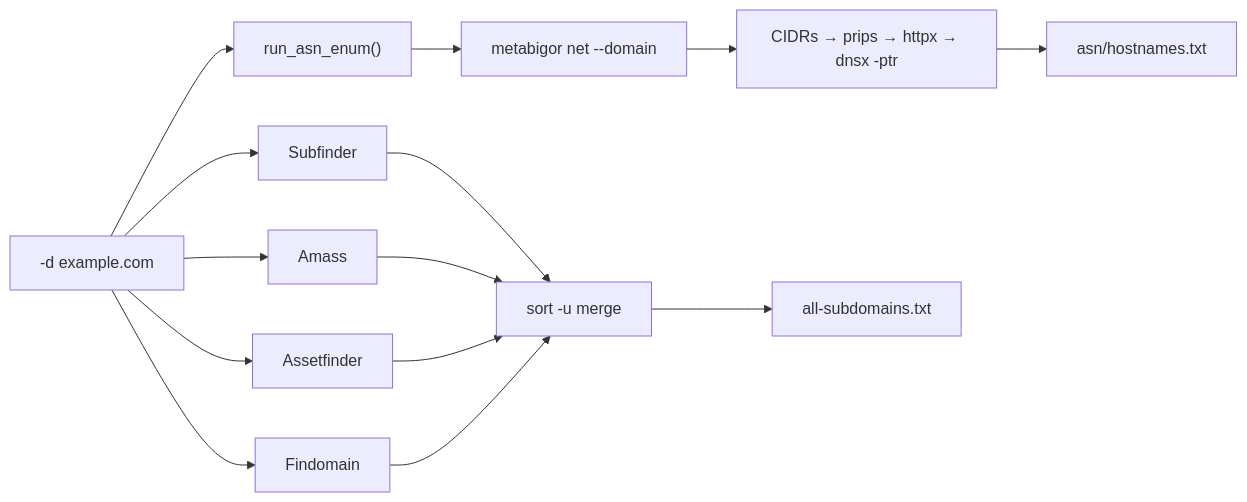
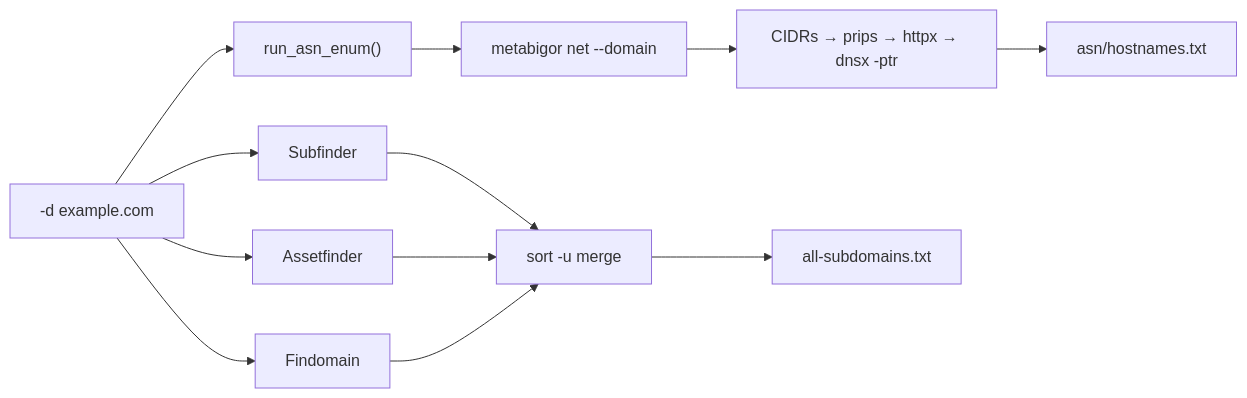
The first of 4 diagrams in README.md (manojxshrestha/subenum), drawn with Mermaid before and after one commit. The commit also changed other lines of this file and 3 other files, not shown here.

Commit message:
Remove amass (v5 slow/DB-based, subfinder covers it), clean up all references

````diff
--- a/README.md
+++ b/README.md
@@ -243,17 +242,15 @@
 ```mermaid
 graph LR
     A["-d example.com"] --> B["run_asn_enum()"]
     B --> C["metabigor net --domain"]
     C --> D["CIDRs → prips → httpx → dnsx -ptr"]
     D --> E["asn/hostnames.txt"]
 
     A --> F["Subfinder"]
-    A --> G["Amass"]
-    A --> H["Assetfinder"]
-    A --> I["Findomain"]
-    F --> J["sort -u merge"]
-    G --> J
-    H --> J
-    I --> J
-    J --> K["all-subdomains.txt"]
+    A --> G["Assetfinder"]
+    A --> H["Findomain"]
+    F --> I["sort -u merge"]
+    G --> I
+    H --> I
+    I --> J["all-subdomains.txt"]
 ```
````
